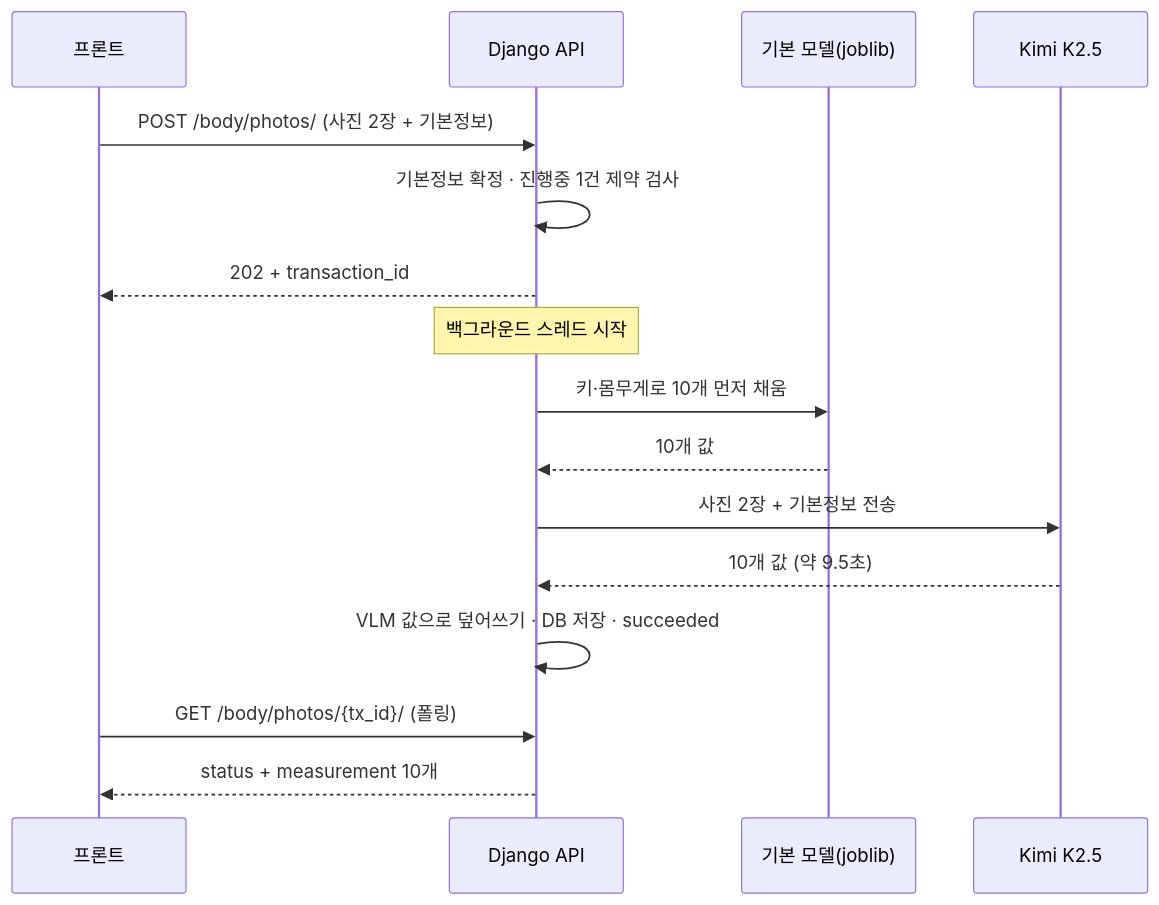
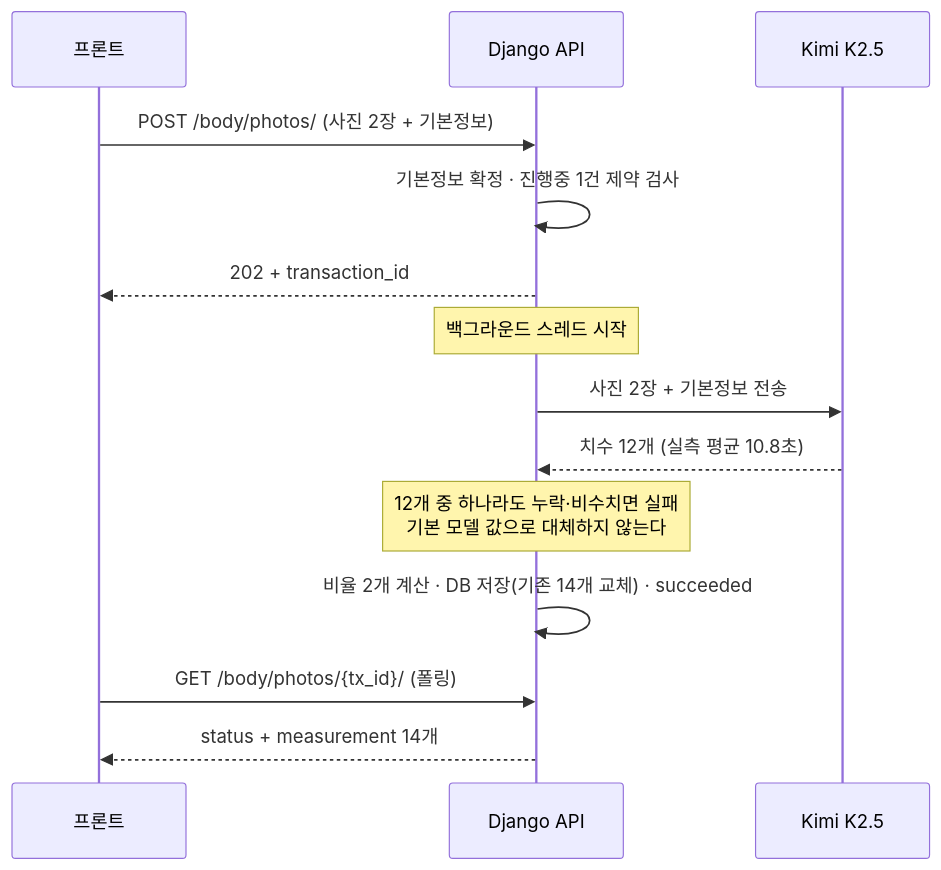
One commit to SKNETWORKS-FAMILY-AICAMP/SKN28-FINAL-1Team changed the second of 2 diagrams in docs/body-measurement-api-design.md. Above: the diagram before and after it, drawn with Mermaid. The commit also changed other lines of this file and 3 other files, not shown here.

````diff
--- a/docs/body-measurement-api-design.md
+++ b/docs/body-measurement-api-design.md
@@ -149,19 +149,17 @@
 ```mermaid
 sequenceDiagram
     participant F as 프론트
     participant A as Django API
-    participant M as 기본 모델(joblib)
     participant V as Kimi K2.5
 
     F->>A: POST /body/photos/ (사진 2장 + 기본정보)
     A->>A: 기본정보 확정 · 진행중 1건 제약 검사
     A-->>F: 202 + transaction_id
     Note over A: 백그라운드 스레드 시작
-    A->>M: 키·몸무게로 10개 먼저 채움
-    M-->>A: 10개 값
     A->>V: 사진 2장 + 기본정보 전송
-    V-->>A: 10개 값 (약 9.5초)
-    A->>A: VLM 값으로 덮어쓰기 · DB 저장 · succeeded
+    V-->>A: 치수 12개 (실측 평균 10.8초)
+    Note over A: 12개 중 하나라도 누락·비수치면 실패<br/>기본 모델 값으로 대체하지 않는다
+    A->>A: 비율 2개 계산 · DB 저장(기존 14개 교체) · succeeded
     F->>A: GET /body/photos/{tx_id}/ (폴링)
-    A-->>F: status + measurement 10개
+    A-->>F: status + measurement 14개
 ```
````
